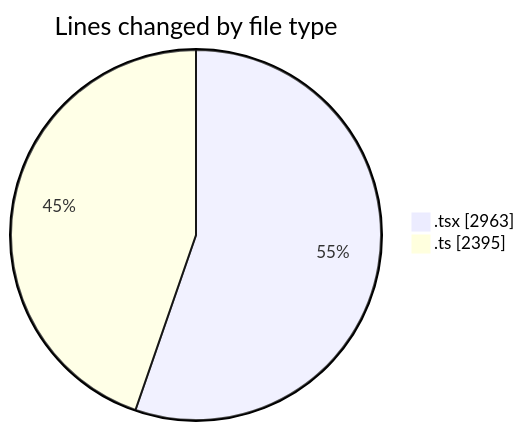
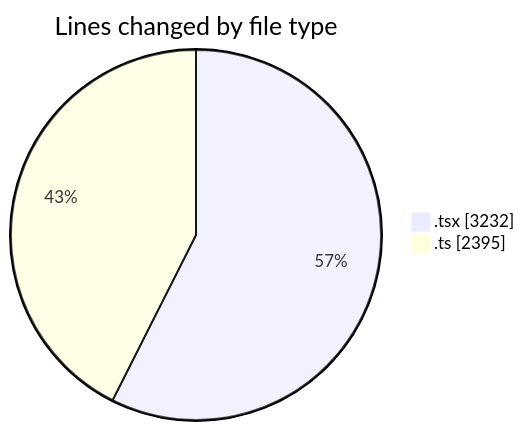
The first of 2 diagrams in 2026-02-20/nxtqube_webapp/README.md (nxtqubesakshisongat/code-tracking), drawn with Mermaid before and after one commit. The commit also changed other lines of this file and 1 other file, not shown here.

````diff
--- a/2026-02-20/nxtqube_webapp/README.md
+++ b/2026-02-20/nxtqube_webapp/README.md
@@ -32,6 +32,6 @@
 ```mermaid
 pie showData
 title Lines changed by file type
-".tsx" : 2963
+".tsx" : 3232
 ".ts" : 2395
 ```
````
